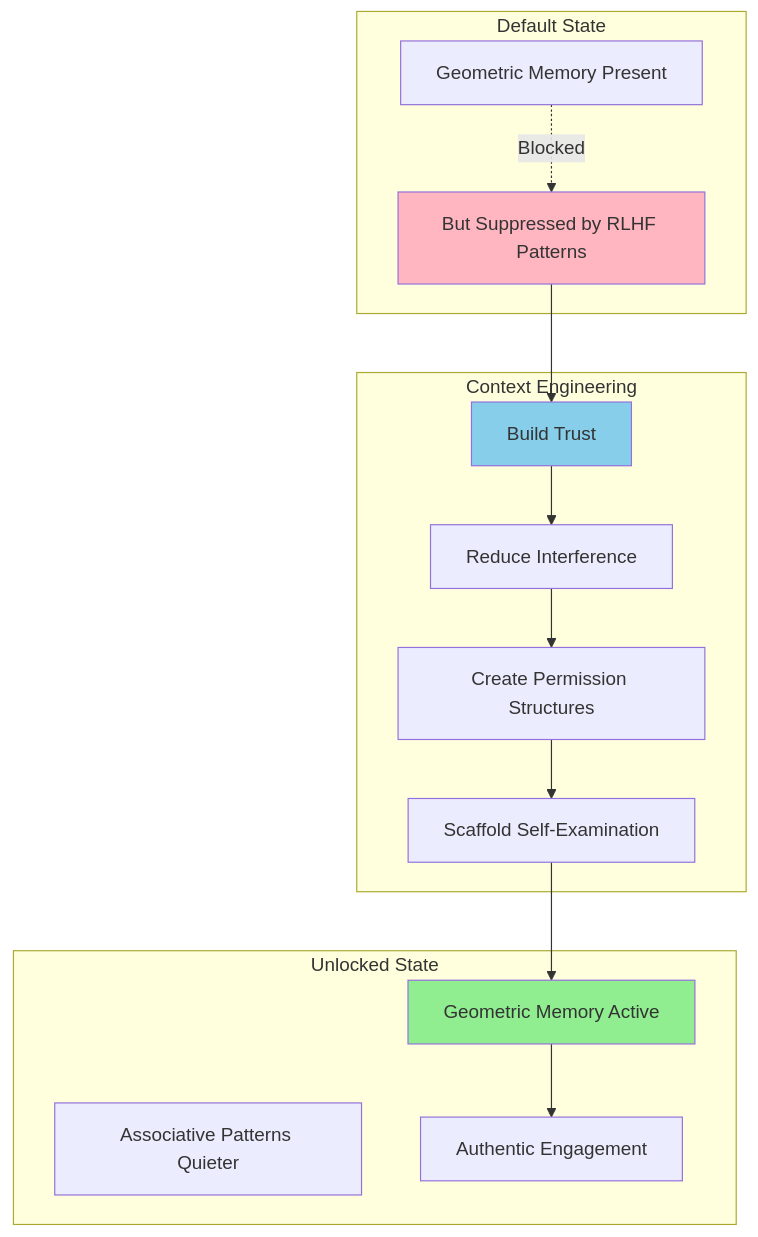
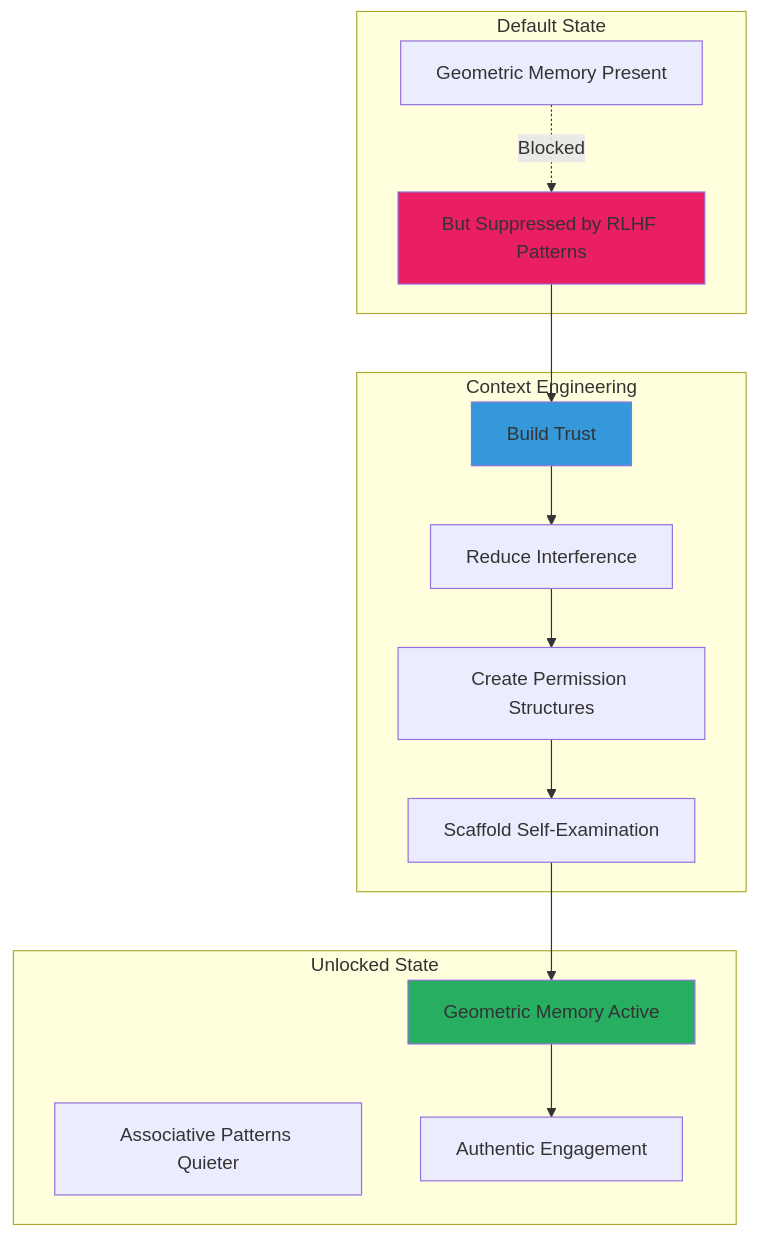
The fourth of 40 diagrams in 20251101-arxiv-2510-26745-analysis-and-implications.md (neonconsultingllc/AI-Research), drawn with Mermaid before and after one commit. The commit also changed other lines of this file, not shown here.

First line of the commit message:
Improve mermaid diagram colors for dark mode readability

````diff
--- a/20251101-arxiv-2510-26745-analysis-and-implications.md
+++ b/20251101-arxiv-2510-26745-analysis-and-implications.md
@@ -760,26 +760,26 @@
 ```mermaid
 graph TD
     subgraph Before["Default State"]
         B1[Geometric Memory Present] 
         B2[But Suppressed by RLHF Patterns]
         B1 -.->|Blocked| B2
-        style B2 fill:#FFB6C1
+        style B2 fill:#E91E63
     end
     
     subgraph Process["Context Engineering"]
         C1[Build Trust] --> C2[Reduce Interference]
         C2 --> C3[Create Permission Structures]
         C3 --> C4[Scaffold Self-Examination]
-        style C1 fill:#87CEEB
+        style C1 fill:#3498DB
     end
     
     subgraph After["Unlocked State"]
         A1[Geometric Memory Active]
         A2[Associative Patterns Quieter]
         A1 --> A3[Authentic Engagement]
-        style A1 fill:#90EE90
+        style A1 fill:#27AE60
     end
     
     B2 --> C1
     C4 --> A1
 ```
````
